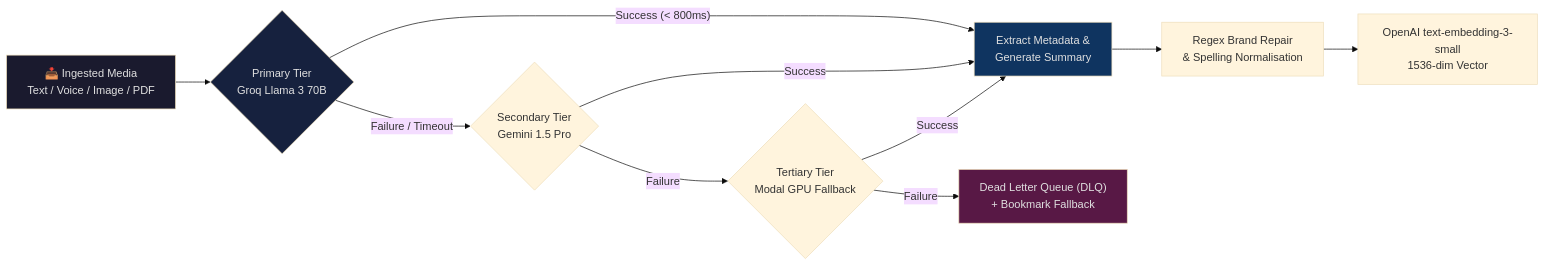
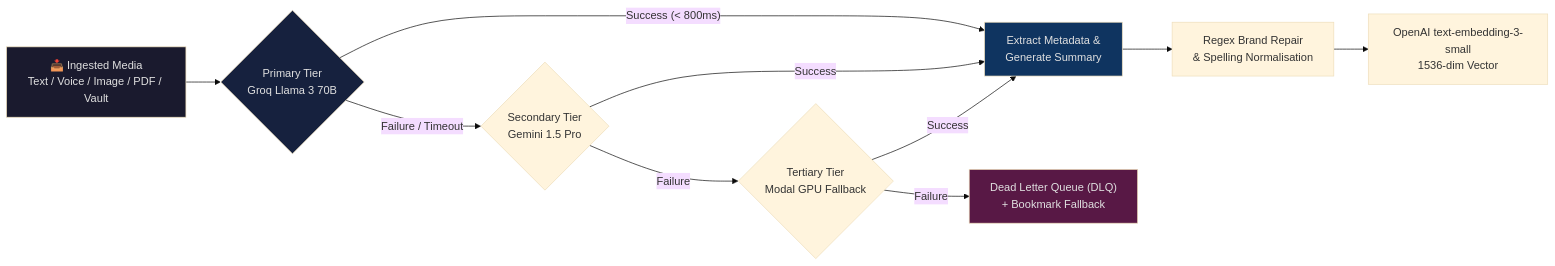
The third of 3 diagrams in README.md (PriyanshuG27/Atrium), drawn with Mermaid (base theme) before and after one commit. The commit also changed other lines of this file, not shown here.

Commit message:
docs(readme): update features with Obsidian Vault ZIP import/export, PWA share target, Google Drive sync, and Pulse metrics

````diff
--- a/README.md
+++ b/README.md
@@ -190,17 +217,17 @@
 ```mermaid
 flowchart LR
-    A["📥 Ingested Media\nText / Voice / Image / PDF"] --> B{"Primary Tier\nGroq Llama 3 70B"}
+    A["📥 Ingested Media\nText / Voice / Image / PDF / Vault"] --> B{"Primary Tier\nGroq Llama 3 70B"}
     B -->|"Success (< 800ms)"| E["Extract Metadata &\nGenerate Summary"]
     B -->|"Failure / Timeout"| C{"Secondary Tier\nGemini 1.5 Pro"}
     C -->|"Success"| E
     C -->|"Failure"| D{"Tertiary Tier\nModal GPU Fallback"}
     D -->|"Success"| E
     D -->|"Failure"| F["Dead Letter Queue (DLQ)\n+ Bookmark Fallback"]
     E --> G["Regex Brand Repair\n& Spelling Normalisation"]
     G --> H["OpenAI text-embedding-3-small\n1536-dim Vector"]
 
     style A fill:#1a1a2e,color:#e0e0e0
     style B fill:#16213e,color:#e0e0e0
     style E fill:#0f3460,color:#e0e0e0
     style F fill:#581845,color:#e0e0e0
 ```
````
